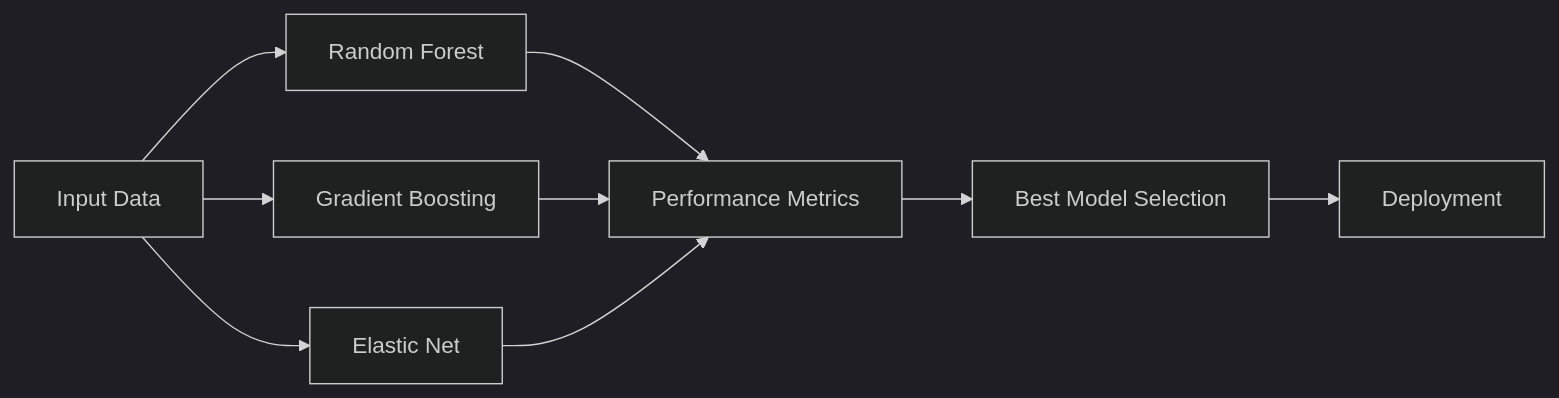
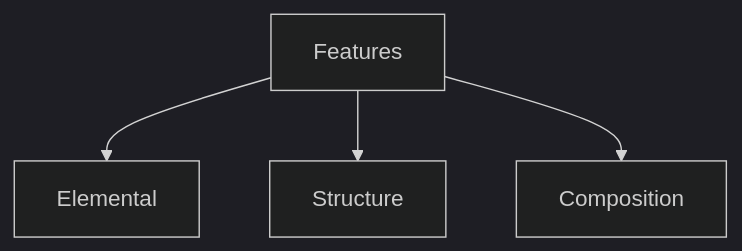
The second of 2 diagrams in slides.md (chirayupatel9/DSCI-592), drawn with Mermaid (dark theme) before and after one commit. The commit also changed other lines of this file, not shown here.

````diff
--- a/slides.md
+++ b/slides.md
@@ -452,13 +239,6 @@
 ```mermaid
-graph LR
-    A[Input Data] --> B[Random Forest]
-    A --> C[Gradient Boosting]
-    A --> D[Elastic Net]
-    
-    B --> E[Performance Metrics]
-    C --> E
-    D --> E
-    
-    E --> F[Best Model Selection]
-    F --> G[Deployment]
+graph TD
+    A[Features] --> B[Elemental]
+    A --> C[Structure]
+    A --> D[Composition]
 ```
````
